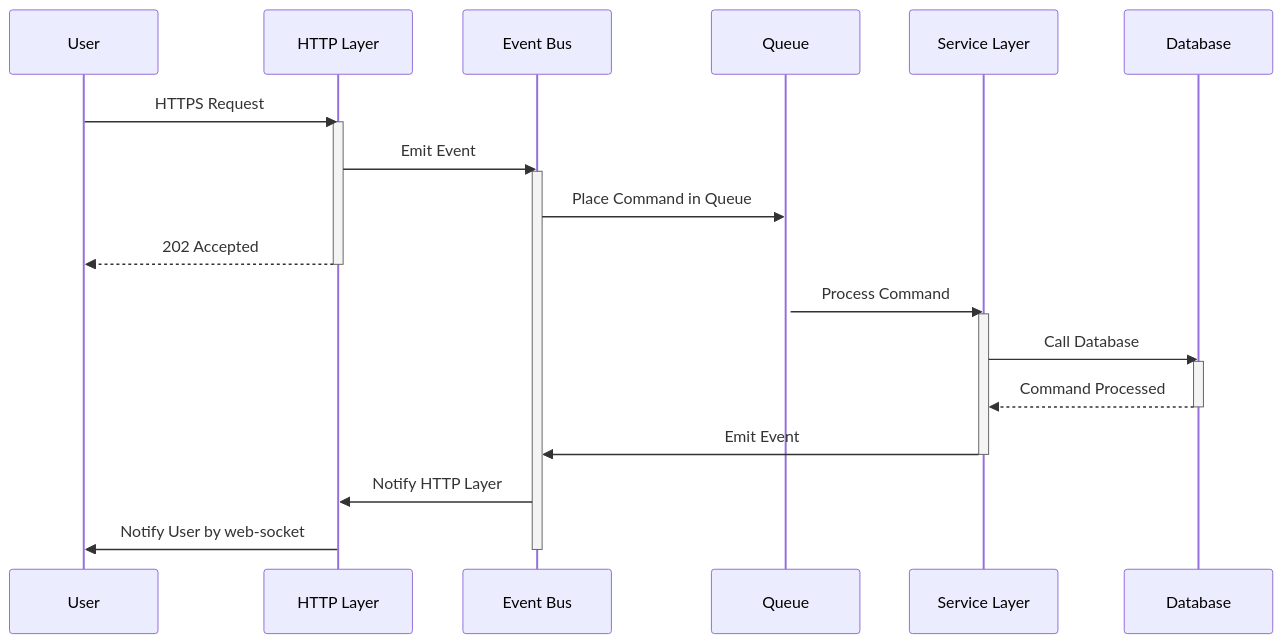
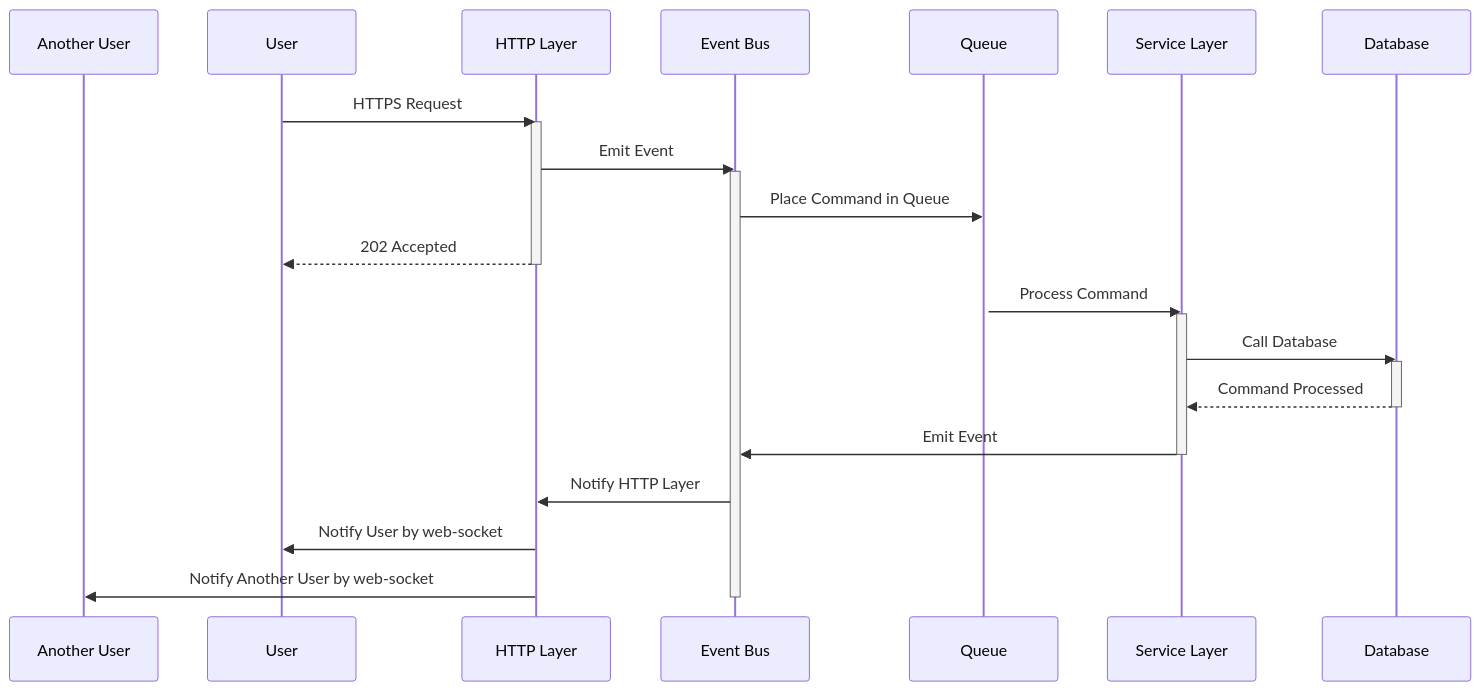
One commit to leenattress/event-driven-frontend-example changed the third of 4 diagrams in README.md. Above: the diagram before and after it, drawn with Mermaid.

Commit message:
more fabulous readme

````diff
--- a/README.md
+++ b/README.md
@@ -73,29 +73,31 @@
 ```mermaid
 sequenceDiagram
+    participant Another User
     participant User
     participant HTTP Layer
     participant Event Bus
     participant Queue
     participant Service Layer
     participant Database
 
     User->>HTTP Layer: HTTPS Request
     activate HTTP Layer
     HTTP Layer->>Event Bus: Emit Event
     activate Event Bus
     Event Bus->>Queue: Place Command in Queue
     activate Queue
     HTTP Layer-->>User: 202 Accepted
     deactivate HTTP Layer
     Queue->>Service Layer: Process Command
     activate Service Layer
     Service Layer->>Database: Call Database
     activate Database
     Database-->>Service Layer: Command Processed
     deactivate Database
     Service Layer->>Event Bus: Emit Event
     deactivate Service Layer
     Event Bus->>HTTP Layer: Notify HTTP Layer
     HTTP Layer->>User: Notify User by web-socket
+    HTTP Layer->>Another User: Notify Another User by web-socket
     deactivate Event Bus
 ```
````
